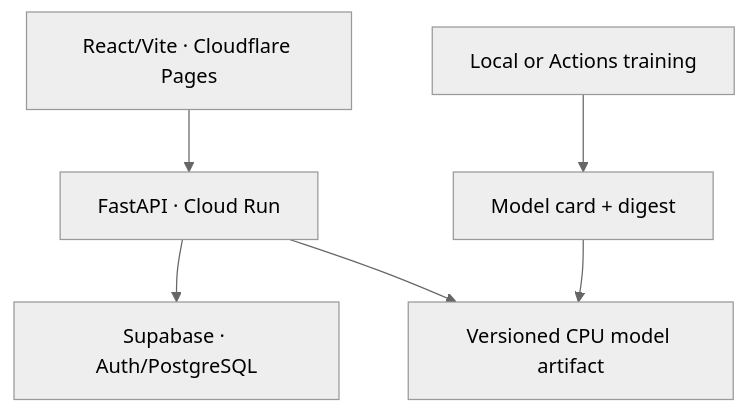
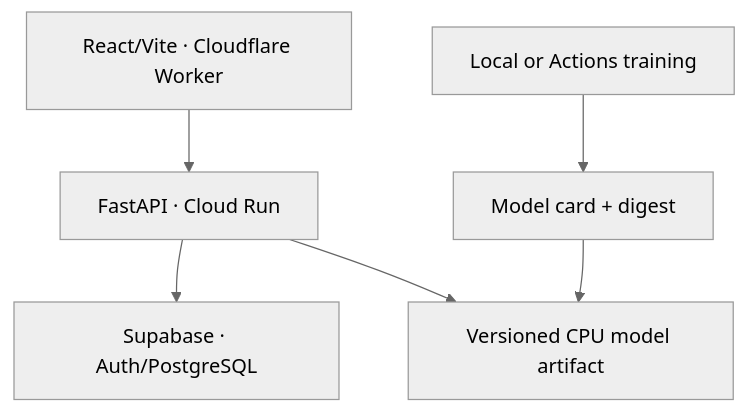
The first of 2 diagrams in docs/architecture.md (AI-HealthCare-05/AH_05_07), drawn with Mermaid (neutral theme) before and after one commit. The commit also changed other lines of this file and 4 other files, not shown here.

````diff
--- a/docs/architecture.md
+++ b/docs/architecture.md
@@ -7,8 +7,8 @@
 ```mermaid
 flowchart TD
-    UI["React/Vite · Cloudflare Pages"] --> API["FastAPI · Cloud Run"]
+    UI["React/Vite · Cloudflare Worker"] --> API["FastAPI · Cloud Run"]
     API --> DB["Supabase · Auth/PostgreSQL"]
     API --> MODEL["Versioned CPU model artifact"]
     TRAIN["Local or Actions training"] --> ARTIFACT["Model card + digest"]
     ARTIFACT --> MODEL
 ```
````
